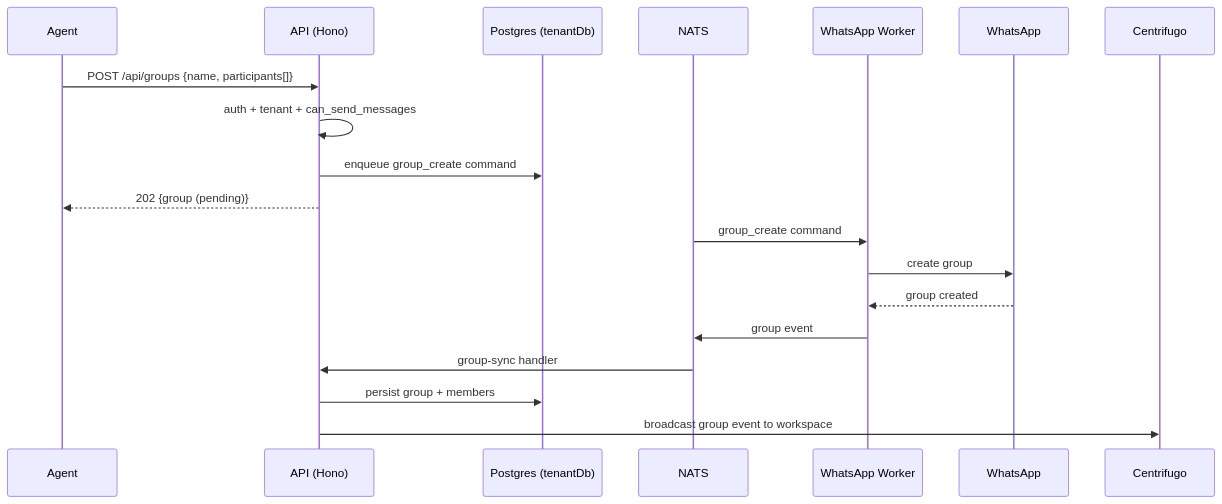
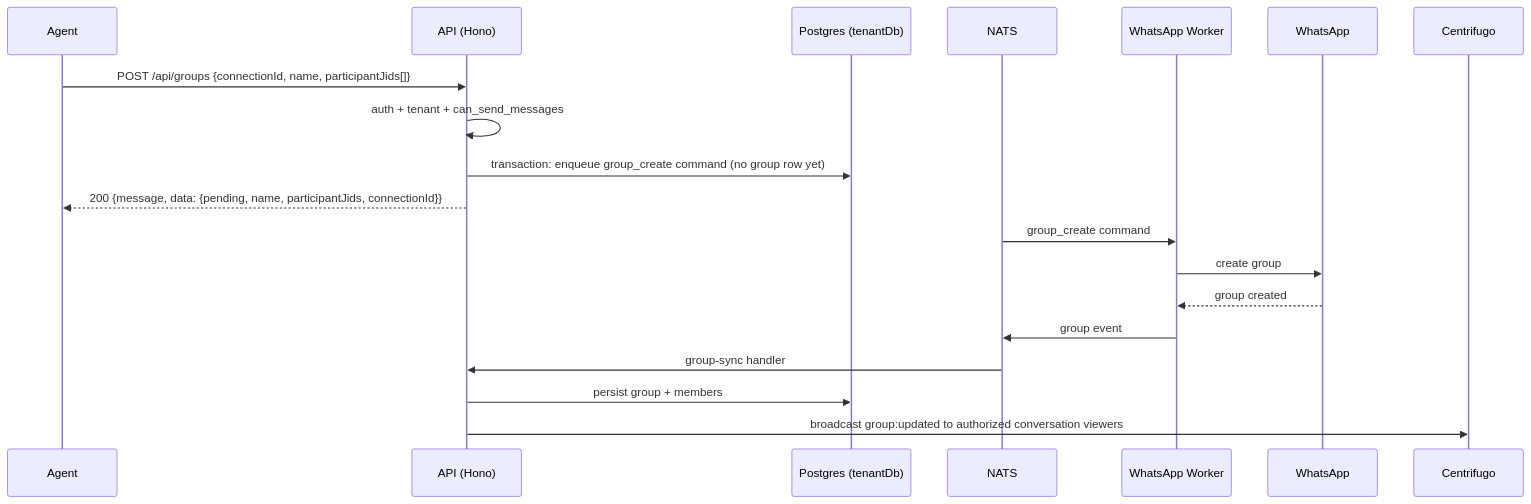
One commit to ygncode/wateaminbox changed the first of 2 diagrams in docs/apis/groups.md. Above: the diagram before and after it, drawn with Mermaid. The commit also changed other lines of this file and 27 other files, not shown here.

````diff
--- a/docs/apis/groups.md
+++ b/docs/apis/groups.md
@@ -37,21 +37,21 @@
 ```mermaid
 sequenceDiagram
     participant U as Agent
     participant A as API (Hono)
     participant D as Postgres (tenantDb)
     participant N as NATS
     participant W as WhatsApp Worker
     participant WA as WhatsApp
     participant R as Centrifugo
-    U->>A: POST /api/groups {name, participants[]}
+    U->>A: POST /api/groups {connectionId, name, participantJids[]}
     A->>A: auth + tenant + can_send_messages
-    A->>D: enqueue group_create command
-    A-->>U: 202 {group (pending)}
+    A->>D: transaction: enqueue group_create command (no group row yet)
+    A-->>U: 200 {message, data: {pending, name, participantJids, connectionId}}
     N->>W: group_create command
     W->>WA: create group
     WA-->>W: group created
     W->>N: group event
     N->>A: group-sync handler
     A->>D: persist group + members
-    A->>R: broadcast group event to workspace
+    A->>R: broadcast group:updated to authorized conversation viewers
 ```
````
